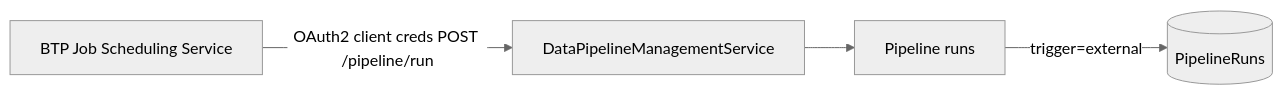
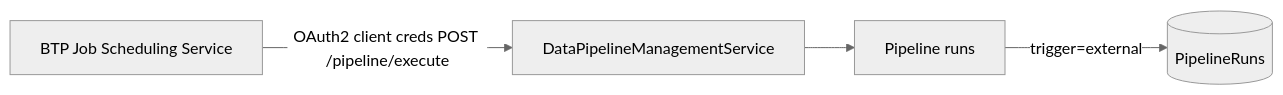
The diagram in docs/recipes/external-scheduling-jss.md (mikezaschka/cds-data-pipeline), drawn with Mermaid (neutral theme) before and after one commit. The commit also changed other lines of this file and 209 other files, not shown here.

````diff
--- a/docs/recipes/external-scheduling-jss.md
+++ b/docs/recipes/external-scheduling-jss.md
@@ -7,6 +7,6 @@
 ```mermaid
 flowchart LR
-  JSS[BTP Job Scheduling Service] -->|"OAuth2 client creds POST /pipeline/run"| Mgmt[DataPipelineManagementService]
+  JSS[BTP Job Scheduling Service] -->|"OAuth2 client creds POST /pipeline/execute"| Mgmt[DataPipelineManagementService]
   Mgmt --> Pipe[Pipeline runs]
   Pipe -->|"trigger=external"| Tracker[(PipelineRuns)]
 ```
````
